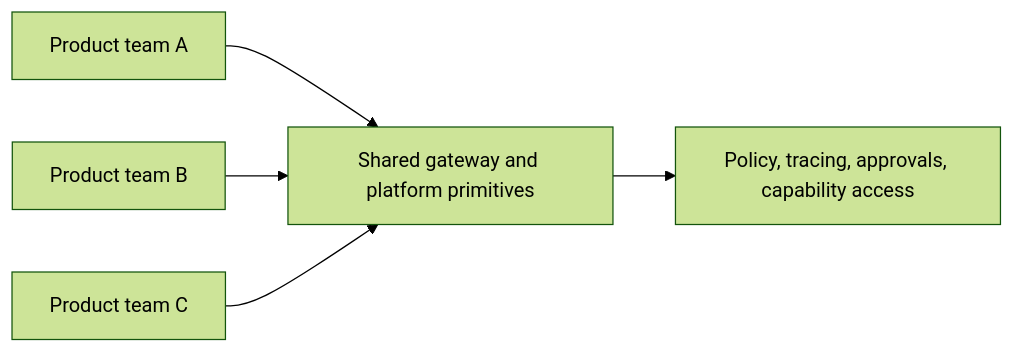
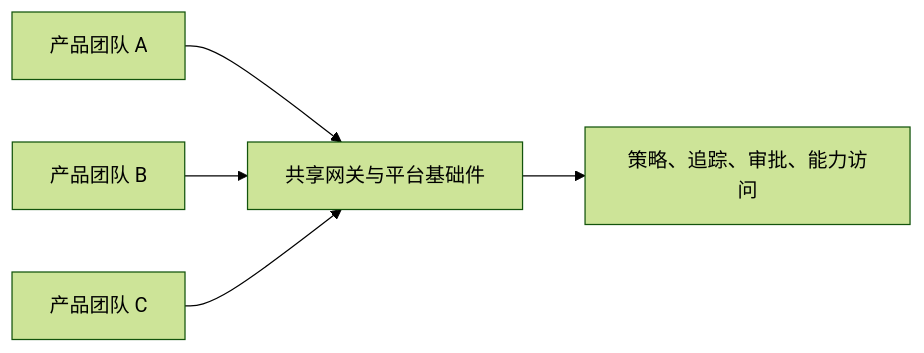
One commit to agent-axiom/agent-arch changed the diagram in docs/book/part-vi/chapter-15.zh.md. Above: the diagram before and after it, drawn with Mermaid (forest theme). The commit also changed other lines of this file, not shown here.

Commit message:
Polish Chinese chapter fifteen platform paths

````diff
--- a/docs/book/part-vi/chapter-15.zh.md
+++ b/docs/book/part-vi/chapter-15.zh.md
@@ -64,7 +64,7 @@
 ``` mermaid
 flowchart LR
-    A["Product team A"] --> D["Shared gateway and platform primitives"]
-    B["Product team B"] --> D
-    C["Product team C"] --> D
-    D --> E["Policy, tracing, approvals, capability access"]
+    A["产品团队 A"] --> D["共享网关与平台基础件"]
+    B["产品团队 B"] --> D
+    C["产品团队 C"] --> D
+    D --> E["策略、追踪、审批、能力访问"]
 ```
````
